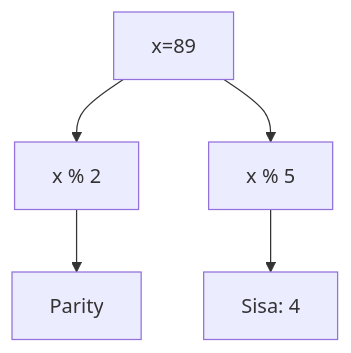
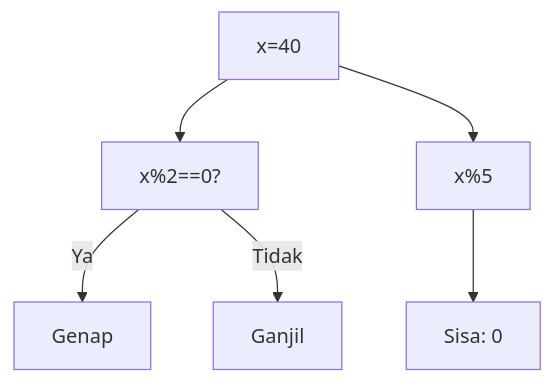
One commit to amnahwaida/OSNK_INF_PREP changed the sixth of 25 diagrams in part-c-pemahaman-cpp/01-tipe-data/latihan/set-04.md. Above: the diagram before and after it, drawn with Mermaid. The commit also changed other lines of this file and 71 other files, not shown here.

Commit message:
Fixed Mermaid syntax lexical errors with quoted labels in 1,800 questions

````diff
--- a/part-c-pemahaman-cpp/01-tipe-data/latihan/set-04.md
+++ b/part-c-pemahaman-cpp/01-tipe-data/latihan/set-04.md
@@ -292,7 +173,8 @@
 ```mermaid
 graph TD
-A[x=89] --> B[x % 2]
-B --> C[Parity]
-A --> D[x % 5]
-D --> E[Sisa: 4]
+A["x=40"] --> B["x%2==0?"]
+B -- Ya --> C["Genap"]
+B -- Tidak --> D["Ganjil"]
+A --> E["x%5"]
+E --> F["Sisa: 0"]
 ```
````
